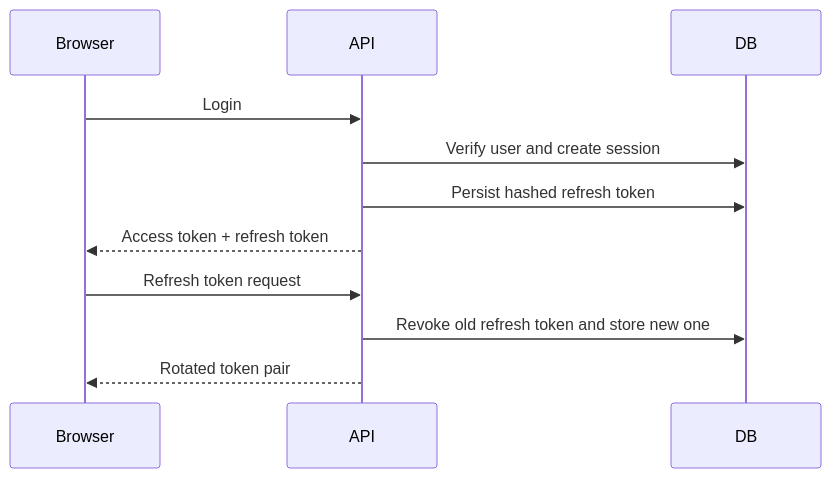
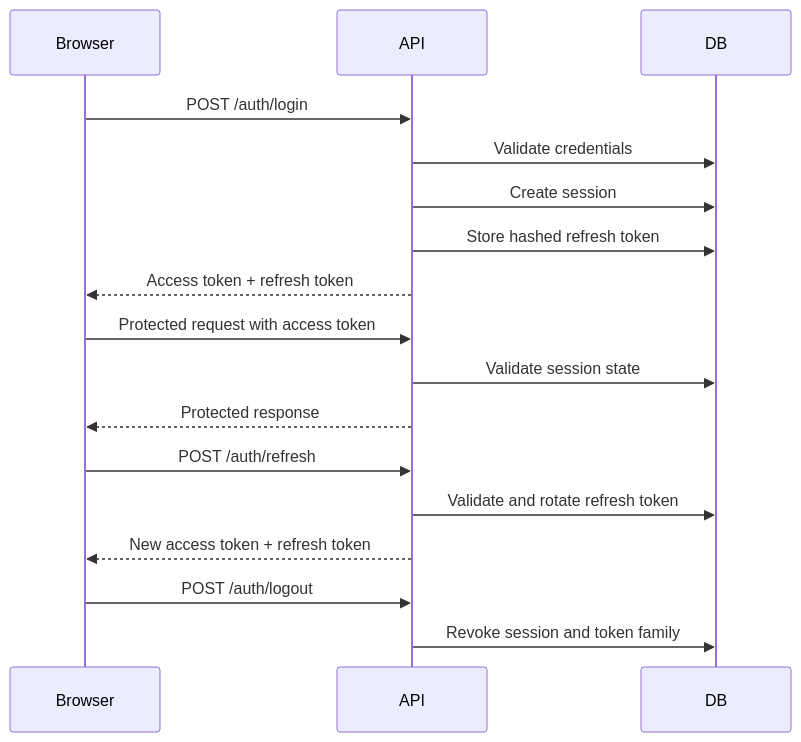
The third of 6 diagrams in RA2311003011711.md (namanmahajan2020/Distributed-Job-Scheduler), drawn with Mermaid before and after one commit. The commit also changed other lines of this file, not shown here.

````diff
--- a/RA2311003011711.md
+++ b/RA2311003011711.md
@@ -307,14 +560,20 @@
 ```mermaid
 sequenceDiagram
   participant Browser
   participant API
   participant DB
 
-  Browser->>API: Login
-  API->>DB: Verify user and create session
-  API->>DB: Persist hashed refresh token
+  Browser->>API: POST /auth/login
+  API->>DB: Validate credentials
+  API->>DB: Create session
+  API->>DB: Store hashed refresh token
   API-->>Browser: Access token + refresh token
-  Browser->>API: Refresh token request
-  API->>DB: Revoke old refresh token and store new one
-  API-->>Browser: Rotated token pair
+  Browser->>API: Protected request with access token
+  API->>DB: Validate session state
+  API-->>Browser: Protected response
+  Browser->>API: POST /auth/refresh
+  API->>DB: Validate and rotate refresh token
+  API-->>Browser: New access token + refresh token
+  Browser->>API: POST /auth/logout
+  API->>DB: Revoke session and token family
 ```
````
